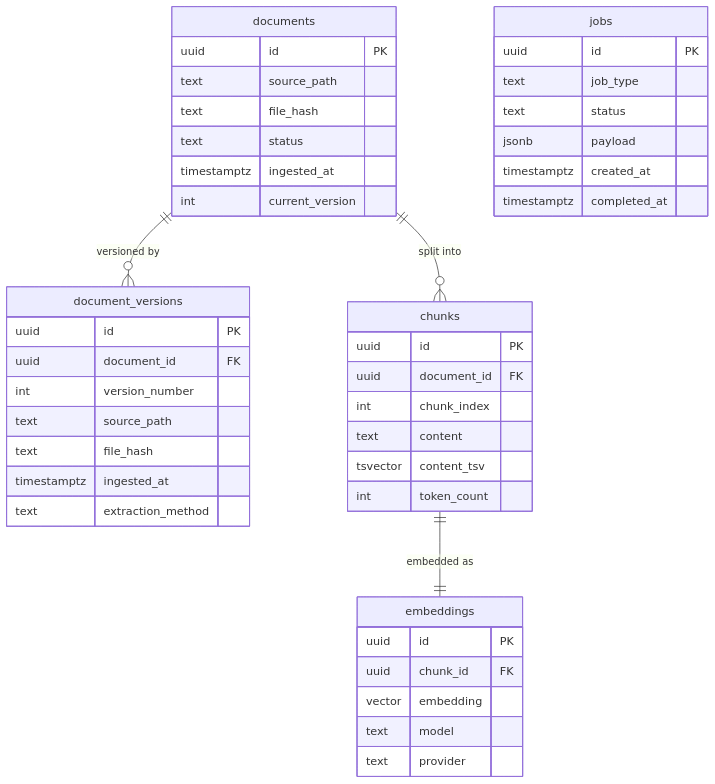
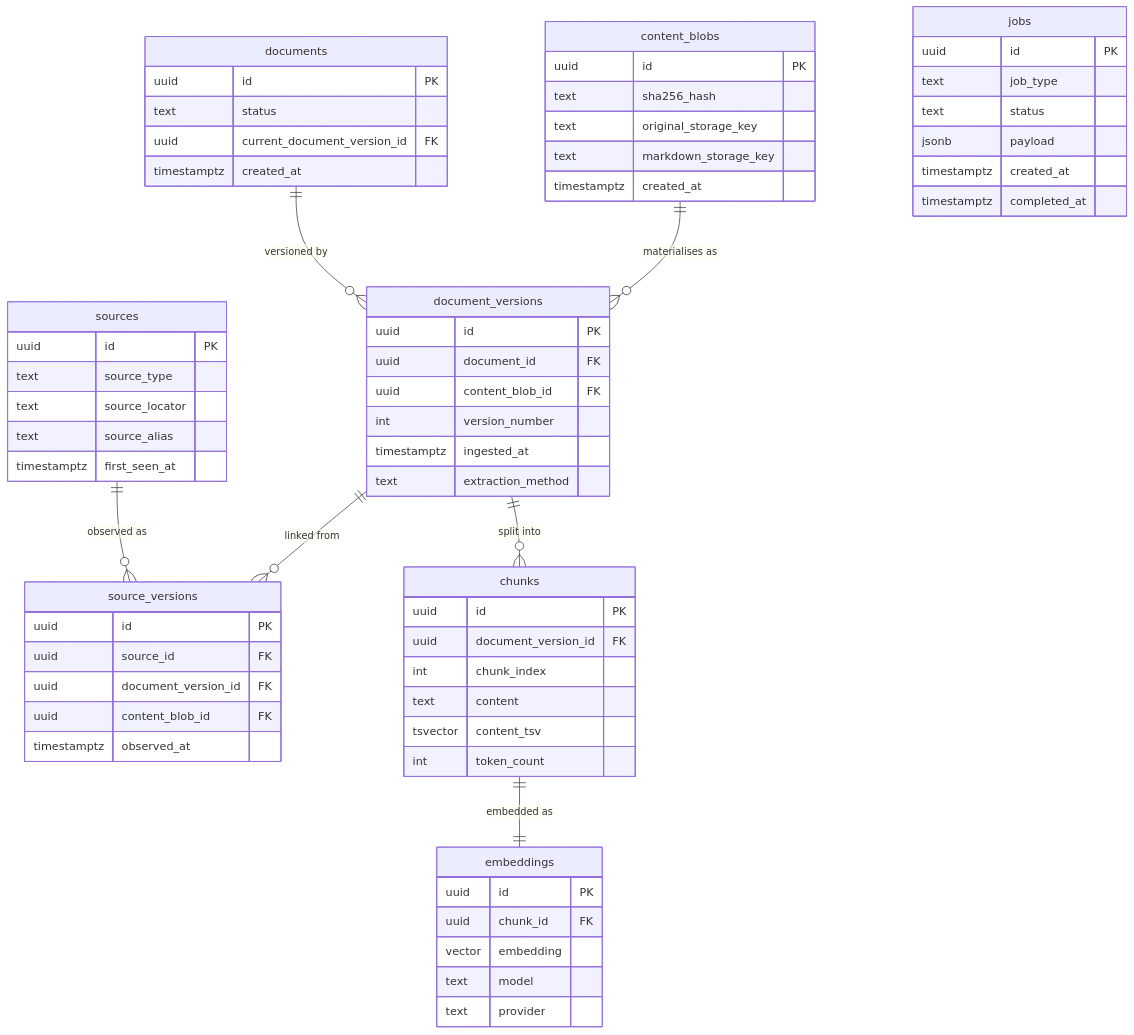
Diagram 11 of 13 in _bmad-output/planning-artifacts/architecture-diagrams.md (iainhgl/chief-of-staff), drawn with Mermaid before and after one commit. The commit also changed other lines of this file and 11 other files, not shown here.

First line of the commit message:
Implement story 6.1 canonical blob, source, and version schema hardening

````diff
--- a/_bmad-output/planning-artifacts/architecture-diagrams.md
+++ b/_bmad-output/planning-artifacts/architecture-diagrams.md
@@ -382,47 +414,68 @@
 ```mermaid
 erDiagram
     documents {
         uuid id PK
-        text source_path
-        text file_hash
         text status
-        timestamptz ingested_at
-        int current_version
+        uuid current_document_version_id FK
+        timestamptz created_at
     }
     document_versions {
         uuid id PK
         uuid document_id FK
+        uuid content_blob_id FK
         int version_number
-        text source_path
-        text file_hash
         timestamptz ingested_at
         text extraction_method
     }
+    content_blobs {
+        uuid id PK
+        text sha256_hash
+        text original_storage_key
+        text markdown_storage_key
+        timestamptz created_at
+    }
+    sources {
+        uuid id PK
+        text source_type
+        text source_locator
+        text source_alias
+        timestamptz first_seen_at
+    }
+    source_versions {
+        uuid id PK
+        uuid source_id FK
+        uuid document_version_id FK
+        uuid content_blob_id FK
+        timestamptz observed_at
+    }
     chunks {
         uuid id PK
-        uuid document_id FK
+        uuid document_version_id FK
         int chunk_index
         text content
         tsvector content_tsv
         int token_count
     }
     embeddings {
         uuid id PK
         uuid chunk_id FK
         vector embedding
         text model
         text provider
     }
     jobs {
         uuid id PK
         text job_type
         text status
         jsonb payload
         timestamptz created_at
         timestamptz completed_at
     }
 
     documents ||--o{ document_versions : "versioned by"
-    documents ||--o{ chunks : "split into"
+    content_blobs ||--o{ document_versions : "materialises as"
+    sources ||--o{ source_versions : "observed as"
+    document_versions ||--o{ source_versions : "linked from"
+    document_versions ||--o{ chunks : "split into"
     chunks ||--|| embeddings : "embedded as"
 ```
````
